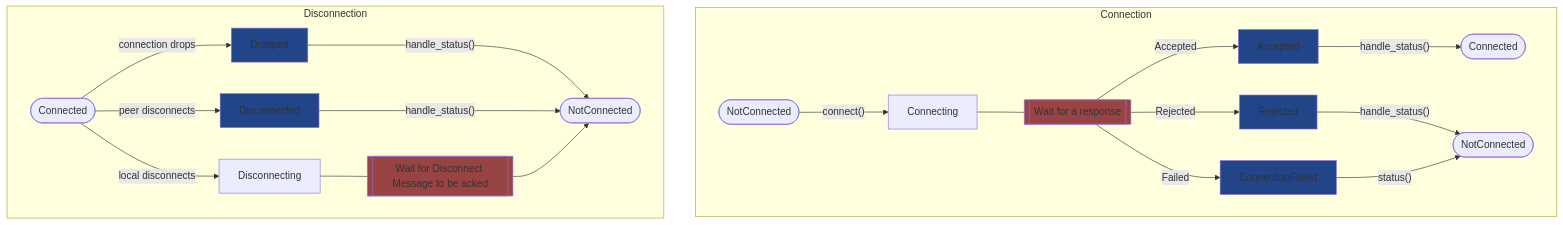
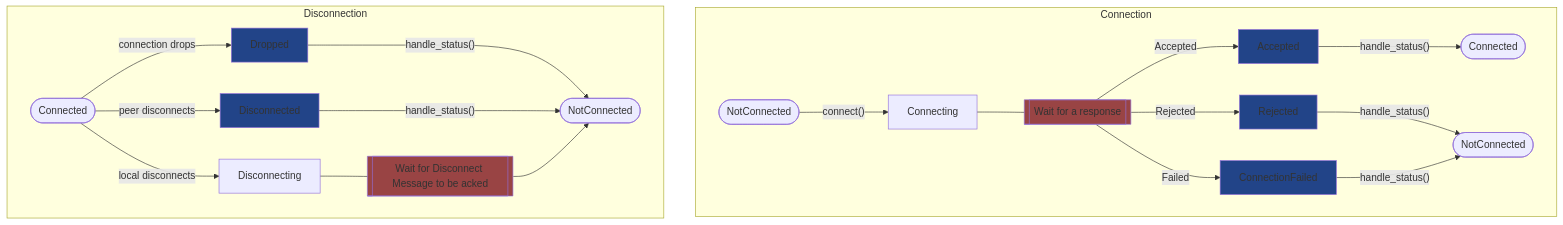
The diagram in connection_status_state_machine.md (MitchellMarinoDev/carrier-pigeon), drawn with Mermaid before and after one commit. The commit also changed other lines of this file and 11 other files, not shown here.

````diff
--- a/connection_status_state_machine.md
+++ b/connection_status_state_machine.md
@@ -4,34 +3,34 @@
 ```mermaid
 flowchart TD
     classDef transition fill:#248
     classDef wait fill:#944
 
     subgraph Connection
         ConnectingDelay[["Wait for a response"]]:::wait
         NotConnected([NotConnected])
 
         NotConnected --> |"connect()"| Connecting
 
         Connecting --- ConnectingDelay
         ConnectingDelay --> |Accepted| Accepted:::transition
         ConnectingDelay --> |Rejected| Rejected:::transition
         ConnectingDelay --> |Failed| ConnectionFailed:::transition
 
         Accepted --> |"handle_status()"| Connected([Connected])
         Rejected --> |"handle_status()"| 2NotConnected([NotConnected])
-        ConnectionFailed --> |"status()"| 2NotConnected([NotConnected])
+        ConnectionFailed --> |"handle_status()"| 2NotConnected([NotConnected])
     end
     subgraph Disconnection
         2Connected([Connected])
         3NotConnected([NotConnected])
         DisconnectDelay[[Wait for Disconnect Message to be acked]]:::wait
         
         2Connected --> |connection drops| Dropped:::transition
         2Connected --> |peer disconnects| Disconnected:::transition
         2Connected --> |local disconnects| Disconnecting
 
         Dropped ---> |"handle_status()"| 3NotConnected
         Disconnected ---> |"handle_status()"| 3NotConnected
         Disconnecting --- DisconnectDelay --> 3NotConnected
     end
 ```
````
